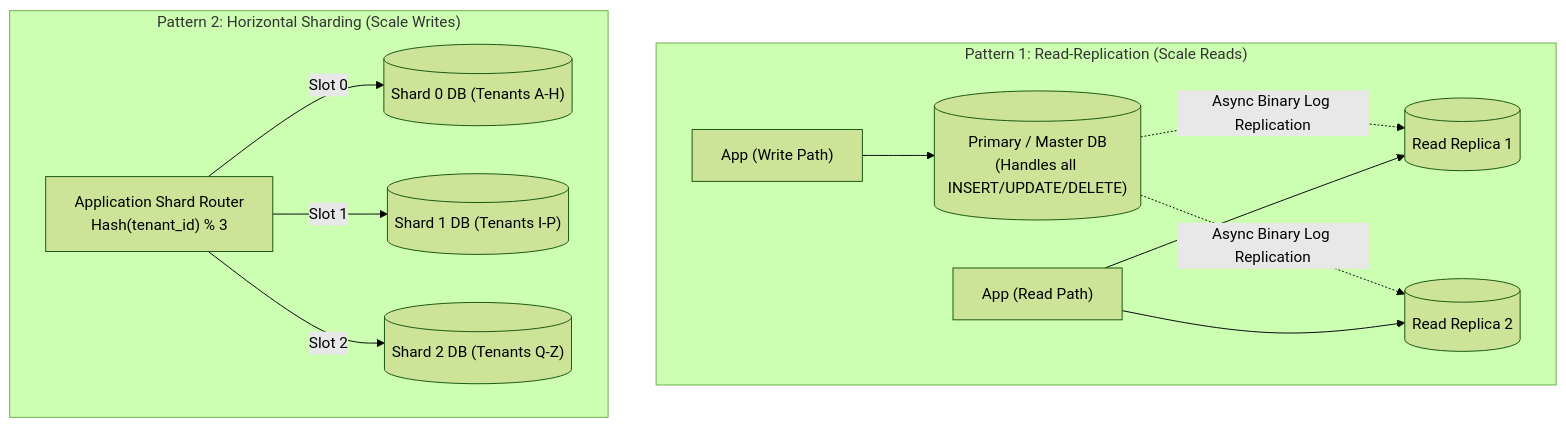
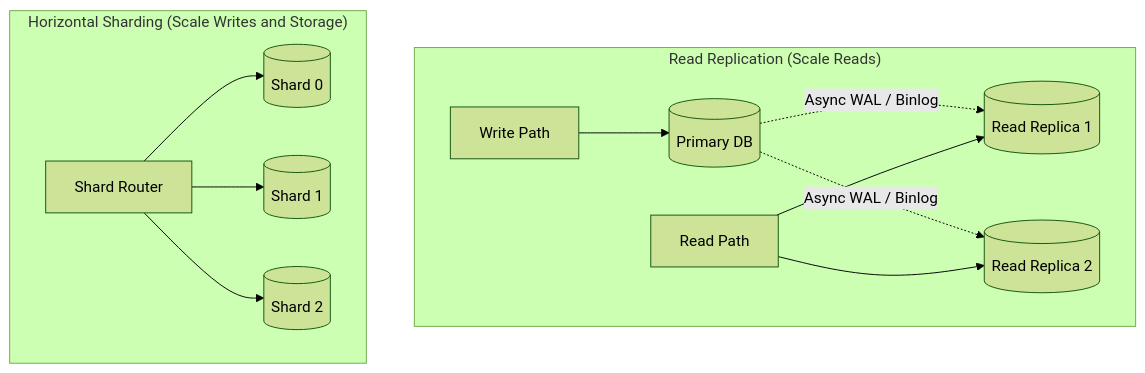
One commit to ravishankar2463/java_hub changed the third of 5 diagrams in content/roadmap/level-13/system-design-scalability-patterns.md. Above: the diagram before and after it, drawn with Mermaid (forest theme). The commit also changed other lines of this file and 119 other files, not shown here.

Commit message:
feat: add comprehensive java learning roadmap content across multiple levels

````diff
--- a/content/roadmap/level-13/system-design-scalability-patterns.md
+++ b/content/roadmap/level-13/system-design-scalability-patterns.md
@@ -120,19 +125,16 @@
 ```mermaid
 flowchart TD
-    subgraph ReadReplication ["Pattern 1: Read-Replication (Scale Reads)"]
-        AppW["App (Write Path)"] --> Master[("Primary / Master DB
-(Handles all INSERT/UPDATE/DELETE)")]
-        Master -.->|Async Binary Log Replication| Replica1[("Read Replica 1")]
-        Master -.->|Async Binary Log Replication| Replica2[("Read Replica 2")]
-        AppR["App (Read Path)"] --> Replica1
-        AppR --> Replica2
+    subgraph repl["Read Replication (Scale Reads)"]
+        appWrite["Write Path"] --> primary[("Primary DB")]
+        primary -.->|"Async WAL / Binlog"| rep1[("Read Replica 1")]
+        primary -.->|"Async WAL / Binlog"| rep2[("Read Replica 2")]
+        appRead["Read Path"] --> rep1
+        appRead --> rep2
     end
 
-    subgraph Sharding ["Pattern 2: Horizontal Sharding (Scale Writes)"]
-        Router["Application Shard Router
-Hash(tenant_id) % 3"]
-        Router -->|Slot 0| Shard0[("Shard 0 DB (Tenants A-H)")]
-        Router -->|Slot 1| Shard1[("Shard 1 DB (Tenants I-P)")]
-        Router -->|Slot 2| Shard2[("Shard 2 DB (Tenants Q-Z)")]
+    subgraph shard["Horizontal Sharding (Scale Writes and Storage)"]
+        router["Shard Router"] --> s0[("Shard 0")]
+        router --> s1[("Shard 1")]
+        router --> s2[("Shard 2")]
     end
 ```
````
